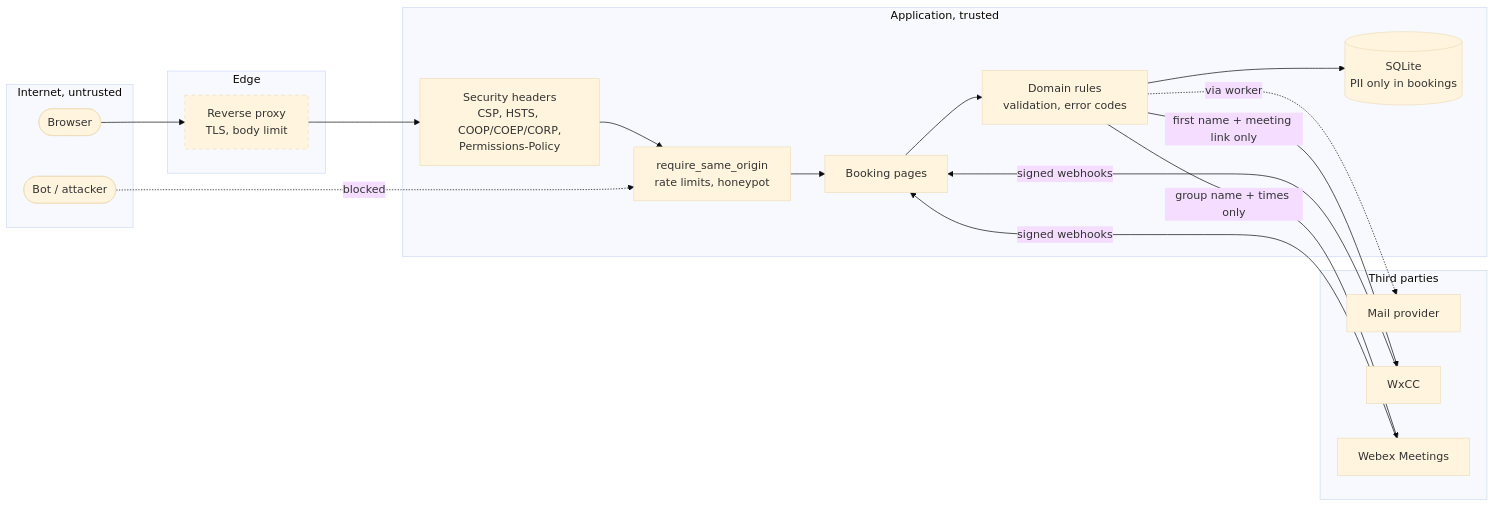
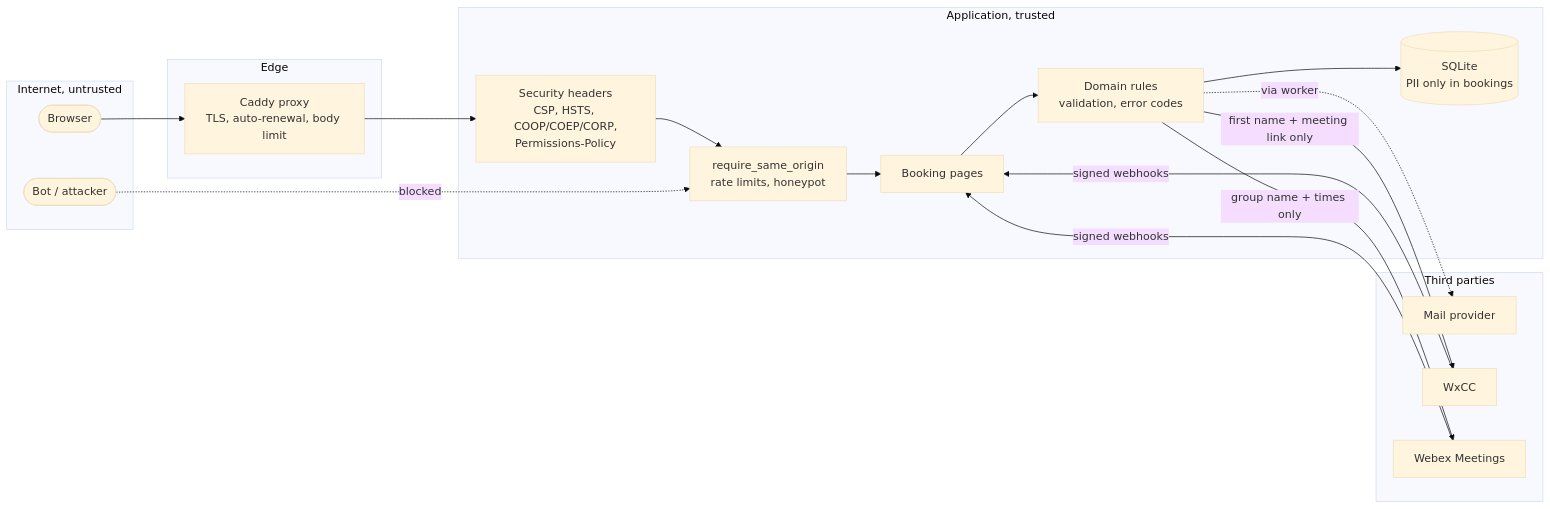
Before and after one commit to 3Corners-Labs/OpenPlanner: diagram 12 of 13 in docs/architecture.md, drawn with Mermaid (base theme). The commit also changed other lines of this file and 16 other files, not shown here.

````diff
--- a/docs/architecture.md
+++ b/docs/architecture.md
@@ -526,36 +531,34 @@
 ```mermaid
 flowchart LR
     subgraph internet [Internet, untrusted]
         browser([Browser])
         bot([Bot / attacker])
     end
 
     subgraph edge [Edge]
-        proxy[Reverse proxy<br/>TLS, body limit]
+        proxy[Caddy proxy<br/>TLS, auto-renewal, body limit]
     end
 
     subgraph app [Application, trusted]
         mw[Security headers<br/>CSP, HSTS, COOP/COEP/CORP,<br/>Permissions-Policy]
         prot[require_same_origin<br/>rate limits, honeypot]
         pages[Booking pages]
         domain[Domain rules<br/>validation, error codes]
         db[(SQLite<br/>PII only in bookings)]
     end
 
     subgraph ext [Third parties]
         smtp[Mail provider]
         wxcc[WxCC]
         webex[Webex Meetings]
     end
 
     browser --> proxy --> mw --> prot --> pages --> domain --> db
     bot -. blocked .-> prot
     domain -. via worker .-> smtp
     domain -- first name + meeting link only --> wxcc
     domain -- group name + times only --> webex
     wxcc -- signed webhooks --> pages
     webex -- signed webhooks --> pages
 
-    classDef planned stroke-dasharray: 5 5
-    class proxy planned
 ```
````
